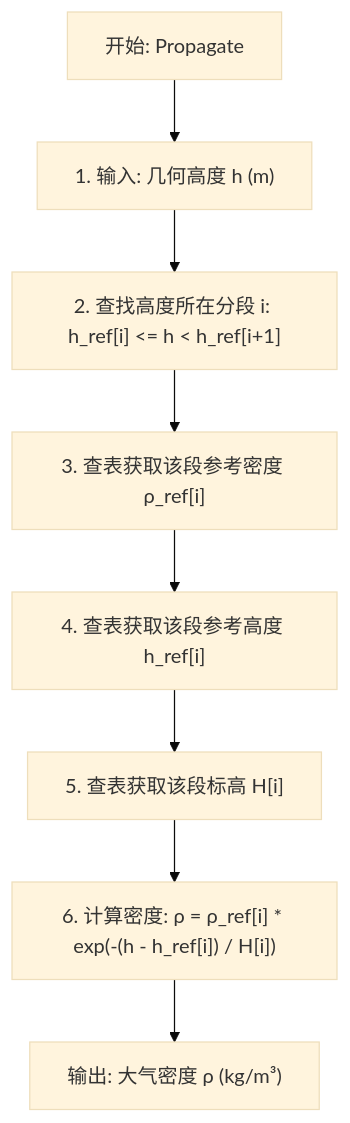
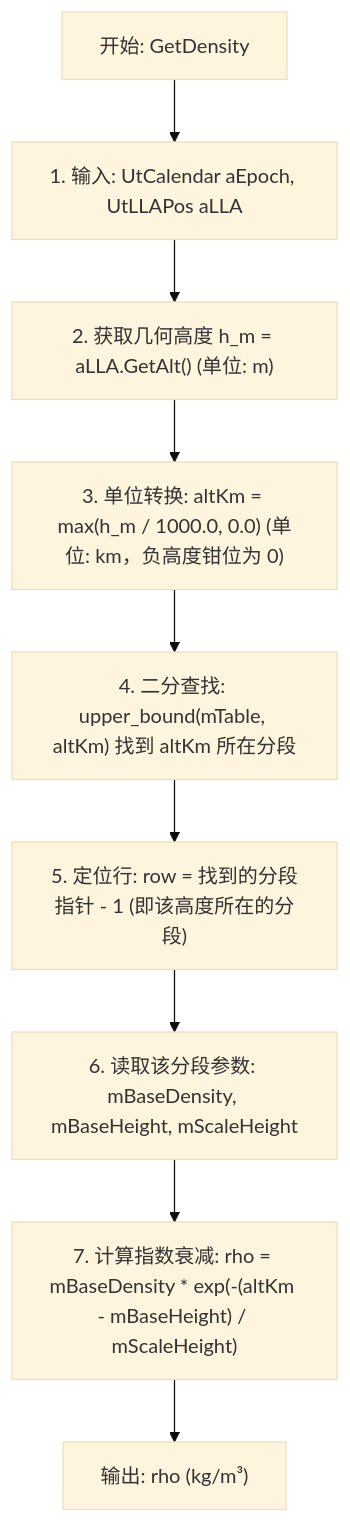
One commit to huaren990-bot/afsim-analysis-skill-project changed the diagram in docs/algorithms/space-piecewise-exponential-atmosphere-card.md. Above: the diagram before and after it, drawn with Mermaid (base theme). The commit also changed other lines of this file and 107 other files, not shown here.

````diff
--- a/docs/algorithms/space-piecewise-exponential-atmosphere-card.md
+++ b/docs/algorithms/space-piecewise-exponential-atmosphere-card.md
@@ -16,10 +22,11 @@
 ```mermaid
 flowchart TD
-    A["开始: Propagate"] --> step1["1. 输入: 几何高度 h (m)"]
-    step1 --> step2["2. 查找高度所在分段 i: h_ref[i] <= h < h_ref[i+1]"]
-    step2 --> step3["3. 查表获取该段参考密度 ρ_ref[i]"]
-    step3 --> step4["4. 查表获取该段参考高度 h_ref[i]"]
-    step4 --> step5["5. 查表获取该段标高 H[i]"]
-    step5 --> step6["6. 计算密度: ρ = ρ_ref[i] * exp(-(h - h_ref[i]) / H[i])"]
-    step6 --> F["输出: 大气密度 ρ (kg/m³)"]
+    A["开始: GetDensity"] --> step1["1. 输入: UtCalendar aEpoch, UtLLAPos aLLA"]
+    step1 --> step2["2. 获取几何高度 h_m = aLLA.GetAlt() (单位: m)"]
+    step2 --> step3["3. 单位转换: altKm = max(h_m / 1000.0, 0.0) (单位: km，负高度钳位为 0)"]
+    step3 --> step4["4. 二分查找: upper_bound(mTable, altKm) 找到 altKm 所在分段"]
+    step4 --> step5["5. 定位行: row = 找到的分段指针 - 1 (即该高度所在的分段)"]
+    step5 --> step6["6. 读取该分段参数: mBaseDensity, mBaseHeight, mScaleHeight"]
+    step6 --> step7["7. 计算指数衰减: rho = mBaseDensity * exp(-(altKm - mBaseHeight) / mScaleHeight)"]
+    step7 --> F["输出: rho (kg/m³)"]
 ```
````
